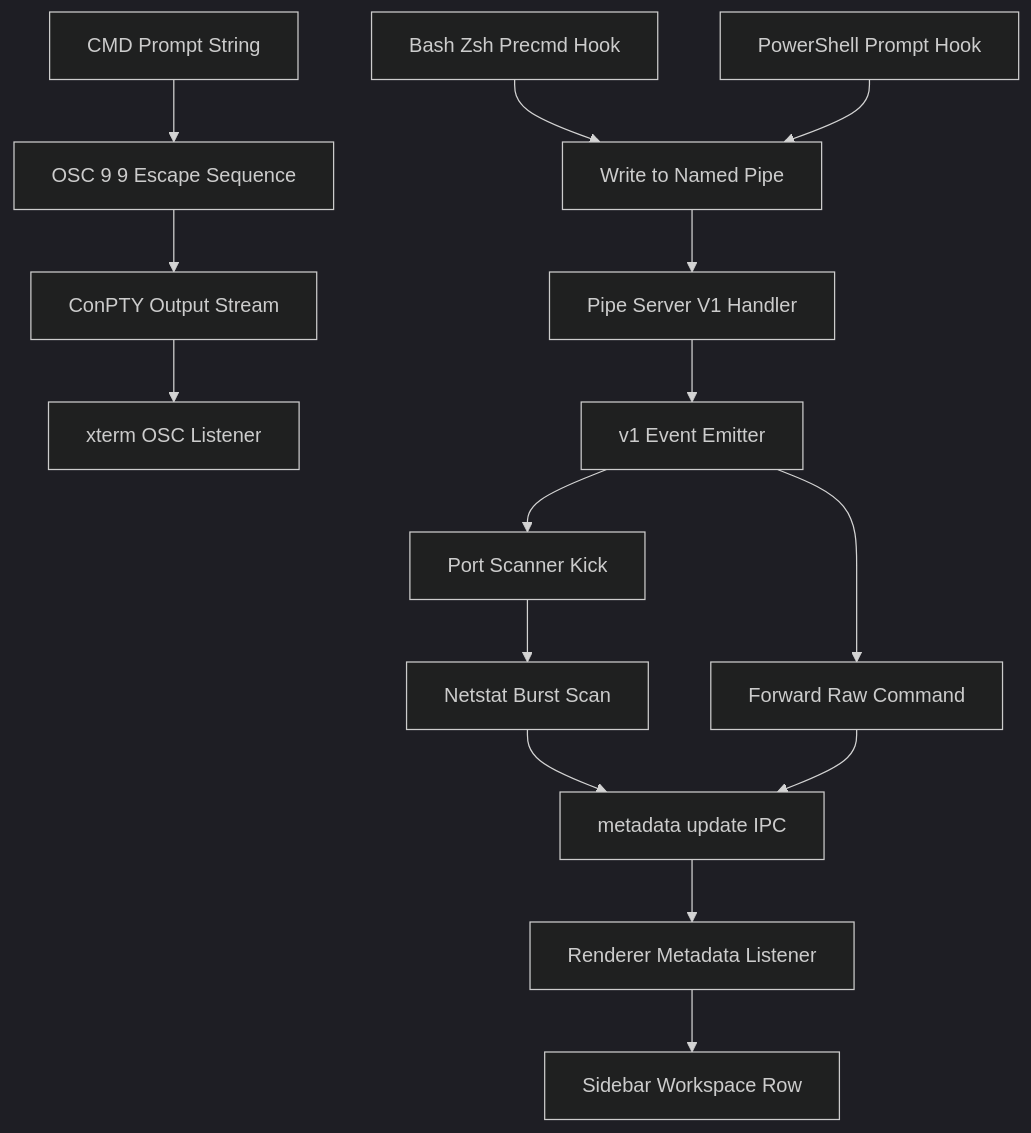
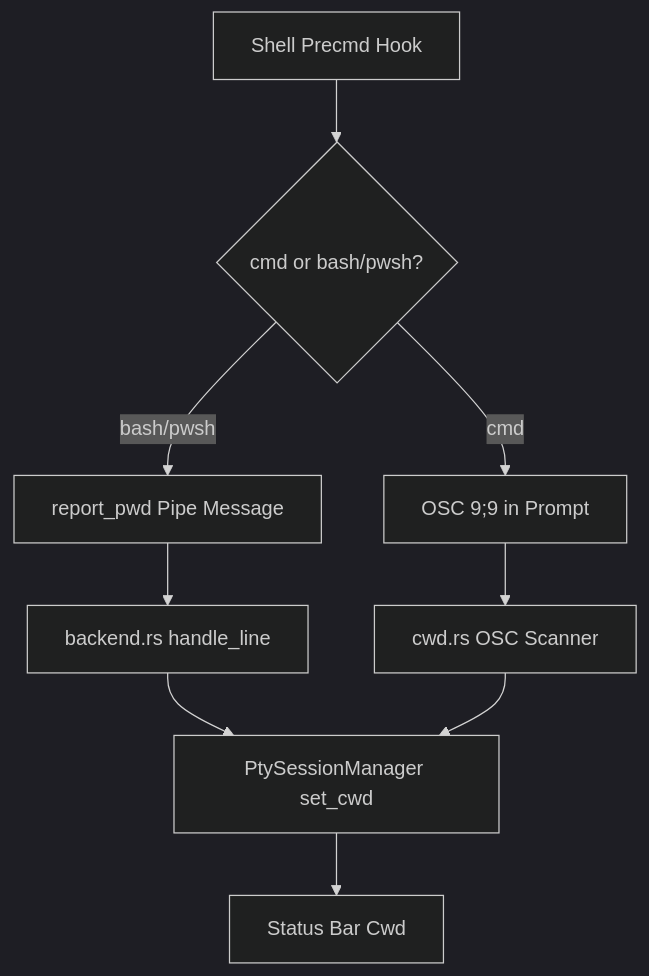
Before and after one commit to BoardPandas/Pandamux: the diagram in docs/features/SHELL_INTEGRATION.md, drawn with Mermaid (dark theme). The commit also changed other lines of this file and 25 other files, not shown here.

````diff
--- a/docs/features/SHELL_INTEGRATION.md
+++ b/docs/features/SHELL_INTEGRATION.md
@@ -35,17 +31,11 @@
 ```mermaid
 graph TD
-    BashHook["Bash Zsh Precmd Hook"] --> PipeWrite["Write to Named Pipe"]
-    PsHook["PowerShell Prompt Hook"] --> PipeWrite
-    CmdHook["CMD Prompt String"] --> OscSeq["OSC 9 9 Escape Sequence"]
-    OscSeq --> ConPty["ConPTY Output Stream"]
-    ConPty --> XtermCwd["xterm OSC Listener"]
-    PipeWrite --> PipeServer["Pipe Server V1 Handler"]
-    PipeServer --> V1Emit["v1 Event Emitter"]
-    V1Emit --> PortsKick["Port Scanner Kick"]
-    PortsKick --> Netstat["Netstat Burst Scan"]
-    V1Emit --> ForwardRaw["Forward Raw Command"]
-    Netstat --> MetadataIpc["metadata update IPC"]
-    ForwardRaw --> MetadataIpc
-    MetadataIpc --> RendererListener["Renderer Metadata Listener"]
-    RendererListener --> SidebarRow["Sidebar Workspace Row"]
+    A["Shell Precmd Hook"] --> B{"cmd or bash/pwsh?"}
+    B -->|"cmd"| C["OSC 9;9 in Prompt"]
+    B -->|"bash/pwsh"| D["report_pwd Pipe Message"]
+    C --> E["cwd.rs OSC Scanner"]
+    D --> F["backend.rs handle_line"]
+    F --> G["PtySessionManager set_cwd"]
+    E --> G
+    G --> H["Status Bar Cwd"]
 ```
````
